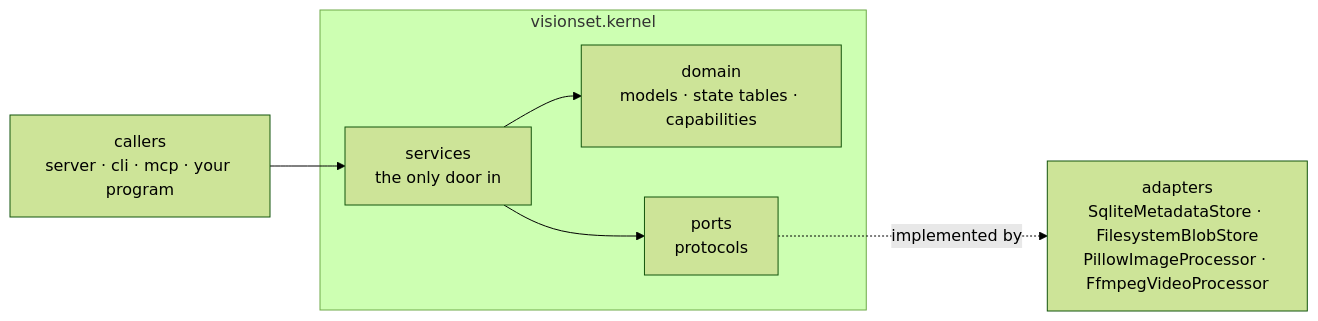
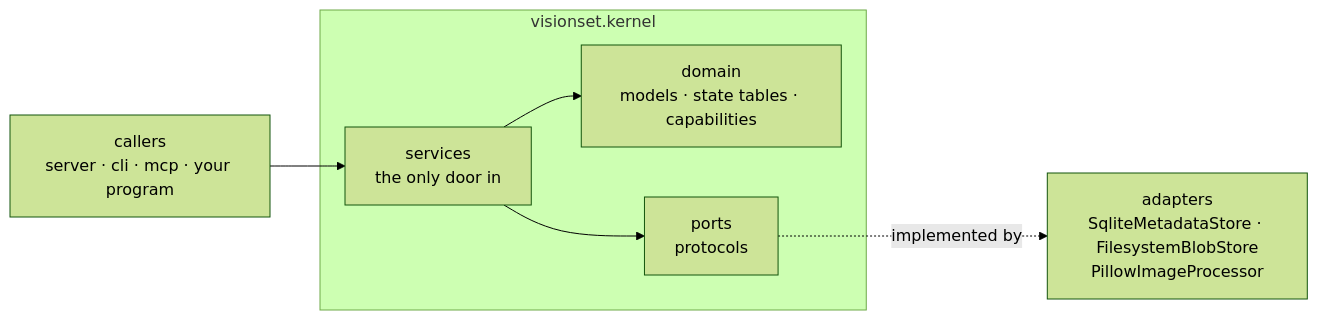
Before and after one commit to Robomous/VisionSet: the diagram in docs/content/architecture/backend/kernel.md, drawn with Mermaid (forest theme). The commit also changed other lines of this file and 177 other files, not shown here.

````diff
--- a/docs/content/architecture/backend/kernel.md
+++ b/docs/content/architecture/backend/kernel.md
@@ -12,16 +12,16 @@
 ```mermaid
 flowchart LR
     subgraph Inside["visionset.kernel"]
         Services["services\nthe only door in"]
         Domain["domain\nmodels · state tables · capabilities"]
         Ports["ports\nprotocols"]
         Services --> Domain
         Services --> Ports
     end
 
-    Adapters["adapters\nSqliteMetadataStore · FilesystemBlobStore\nPillowImageProcessor · FfmpegVideoProcessor"]
+    Adapters["adapters\nSqliteMetadataStore · FilesystemBlobStore\nPillowImageProcessor"]
     Callers["callers\nserver · cli · mcp · your program"]
 
     Callers --> Services
     Ports -.implemented by.-> Adapters
 ```
````
